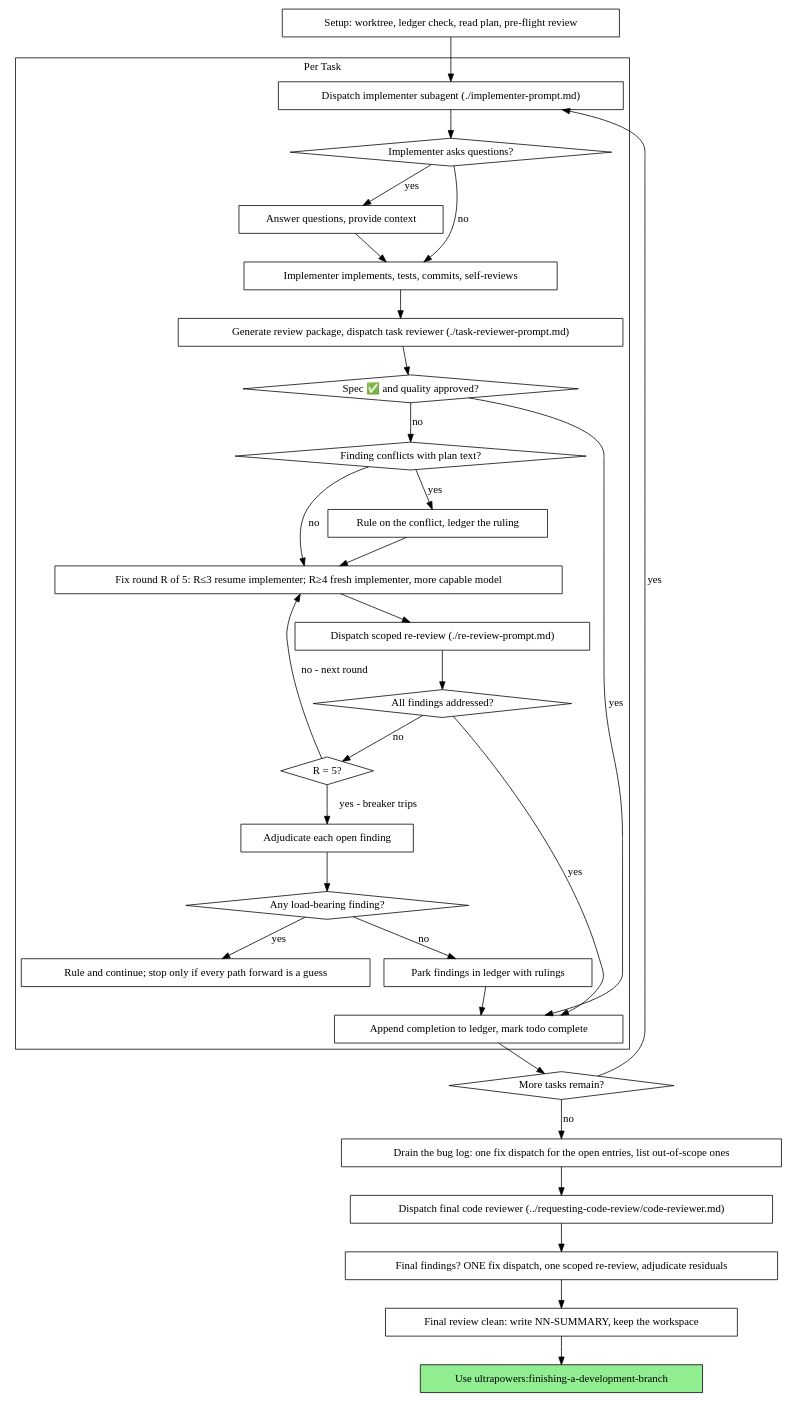
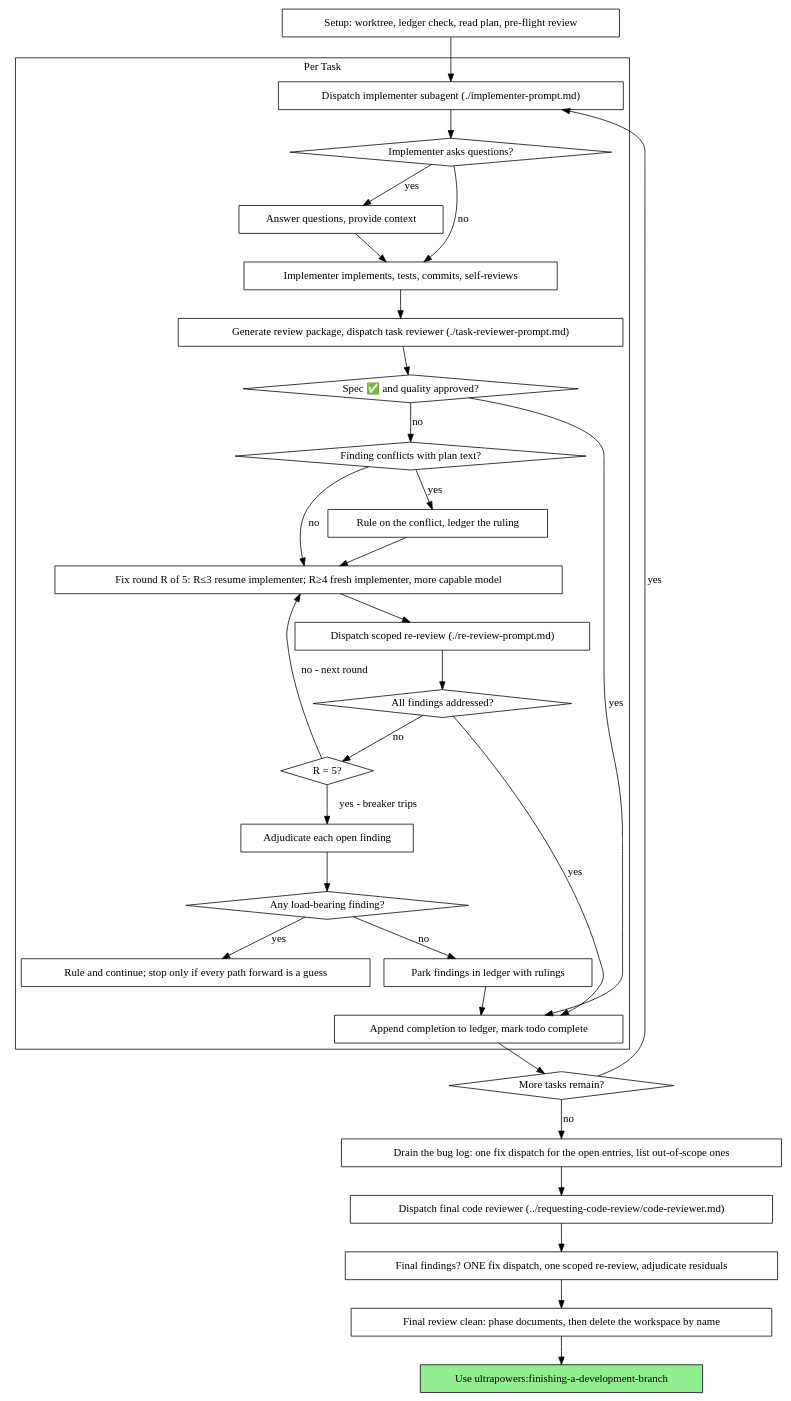
The second of 2 diagrams in plugins/ultrapowers/skills/subagent-driven-development/SKILL.md (axazolai/ultrapowers), drawn with Graphviz before and after one commit. The commit also changed other lines of this file and 47 other files, not shown here.

````diff
--- a/plugins/ultrapowers/skills/subagent-driven-development/SKILL.md
+++ b/plugins/ultrapowers/skills/subagent-driven-development/SKILL.md
@@ -93,64 +78,64 @@
 ```dot
 digraph process {
     rankdir=TB;
 
     subgraph cluster_per_task {
         label="Per Task";
         "Dispatch implementer subagent (./implementer-prompt.md)" [shape=box];
         "Implementer asks questions?" [shape=diamond];
         "Answer questions, provide context" [shape=box];
         "Implementer implements, tests, commits, self-reviews" [shape=box];
         "Generate review package, dispatch task reviewer (./task-reviewer-prompt.md)" [shape=box];
         "Spec ✅ and quality approved?" [shape=diamond];
         "Finding conflicts with plan text?" [shape=diamond];
         "Rule on the conflict, ledger the ruling" [shape=box];
         "Fix round R of 5: R≤3 resume implementer; R≥4 fresh implementer, more capable model" [shape=box];
         "Dispatch scoped re-review (./re-review-prompt.md)" [shape=box];
         "All findings addressed?" [shape=diamond];
         "R = 5?" [shape=diamond];
         "Adjudicate each open finding" [shape=box];
         "Any load-bearing finding?" [shape=diamond];
         "Rule and continue; stop only if every path forward is a guess" [shape=box];
         "Park findings in ledger with rulings" [shape=box];
         "Append completion to ledger, mark todo complete" [shape=box];
     }
 
     "Setup: worktree, ledger check, read plan, pre-flight review" [shape=box];
     "More tasks remain?" [shape=diamond];
     "Drain the bug log: one fix dispatch for the open entries, list out-of-scope ones" [shape=box];
     "Dispatch final code reviewer (../requesting-code-review/code-reviewer.md)" [shape=box];
     "Final findings? ONE fix dispatch, one scoped re-review, adjudicate residuals" [shape=box];
-    "Final review clean: write NN-SUMMARY, keep the workspace" [shape=box];
+    "Final review clean: phase documents, then delete the workspace by name" [shape=box];
     "Use ultrapowers:finishing-a-development-branch" [shape=box style=filled fillcolor=lightgreen];
 
     "Setup: worktree, ledger check, read plan, pre-flight review" -> "Dispatch implementer subagent (./implementer-prompt.md)";
     "Dispatch implementer subagent (./implementer-prompt.md)" -> "Implementer asks questions?";
     "Implementer asks questions?" -> "Answer questions, provide context" [label="yes"];
     "Answer questions, provide context" -> "Implementer implements, tests, commits, self-reviews";
     "Implementer asks questions?" -> "Implementer implements, tests, commits, self-reviews" [label="no"];
     "Implementer implements, tests, commits, self-reviews" -> "Generate review package, dispatch task reviewer (./task-reviewer-prompt.md)";
     "Generate review package, dispatch task reviewer (./task-reviewer-prompt.md)" -> "Spec ✅ and quality approved?";
     "Spec ✅ and quality approved?" -> "Append completion to ledger, mark todo complete" [label="yes"];
     "Spec ✅ and quality approved?" -> "Finding conflicts with plan text?" [label="no"];
     "Finding conflicts with plan text?" -> "Rule on the conflict, ledger the ruling" [label="yes"];
     "Rule on the conflict, ledger the ruling" -> "Fix round R of 5: R≤3 resume implementer; R≥4 fresh implementer, more capable model";
     "Finding conflicts with plan text?" -> "Fix round R of 5: R≤3 resume implementer; R≥4 fresh implementer, more capable model" [label="no"];
     "Fix round R of 5: R≤3 resume implementer; R≥4 fresh implementer, more capable model" -> "Dispatch scoped re-review (./re-review-prompt.md)";
     "Dispatch scoped re-review (./re-review-prompt.md)" -> "All findings addressed?";
     "All findings addressed?" -> "Append completion to ledger, mark todo complete" [label="yes"];
     "All findings addressed?" -> "R = 5?" [label="no"];
     "R = 5?" -> "Fix round R of 5: R≤3 resume implementer; R≥4 fresh implementer, more capable model" [label="no - next round"];
     "R = 5?" -> "Adjudicate each open finding" [label="yes - breaker trips"];
     "Adjudicate each open finding" -> "Any load-bearing finding?";
     "Any load-bearing finding?" -> "Rule and continue; stop only if every path forward is a guess" [label="yes"];
     "Any load-bearing finding?" -> "Park findings in ledger with rulings" [label="no"];
     "Park findings in ledger with rulings" -> "Append completion to ledger, mark todo complete";
     "Append completion to ledger, mark todo complete" -> "More tasks remain?";
     "More tasks remain?" -> "Dispatch implementer subagent (./implementer-prompt.md)" [label="yes"];
     "More tasks remain?" -> "Drain the bug log: one fix dispatch for the open entries, list out-of-scope ones" [label="no"];
     "Drain the bug log: one fix dispatch for the open entries, list out-of-scope ones" -> "Dispatch final code reviewer (../requesting-code-review/code-reviewer.md)";
     "Dispatch final code reviewer (../requesting-code-review/code-reviewer.md)" -> "Final findings? ONE fix dispatch, one scoped re-review, adjudicate residuals";
-    "Final findings? ONE fix dispatch, one scoped re-review, adjudicate residuals" -> "Final review clean: write NN-SUMMARY, keep the workspace";
-    "Final review clean: write NN-SUMMARY, keep the workspace" -> "Use ultrapowers:finishing-a-development-branch";
+    "Final findings? ONE fix dispatch, one scoped re-review, adjudicate residuals" -> "Final review clean: phase documents, then delete the workspace by name";
+    "Final review clean: phase documents, then delete the workspace by name" -> "Use ultrapowers:finishing-a-development-branch";
 }
 ```
````
